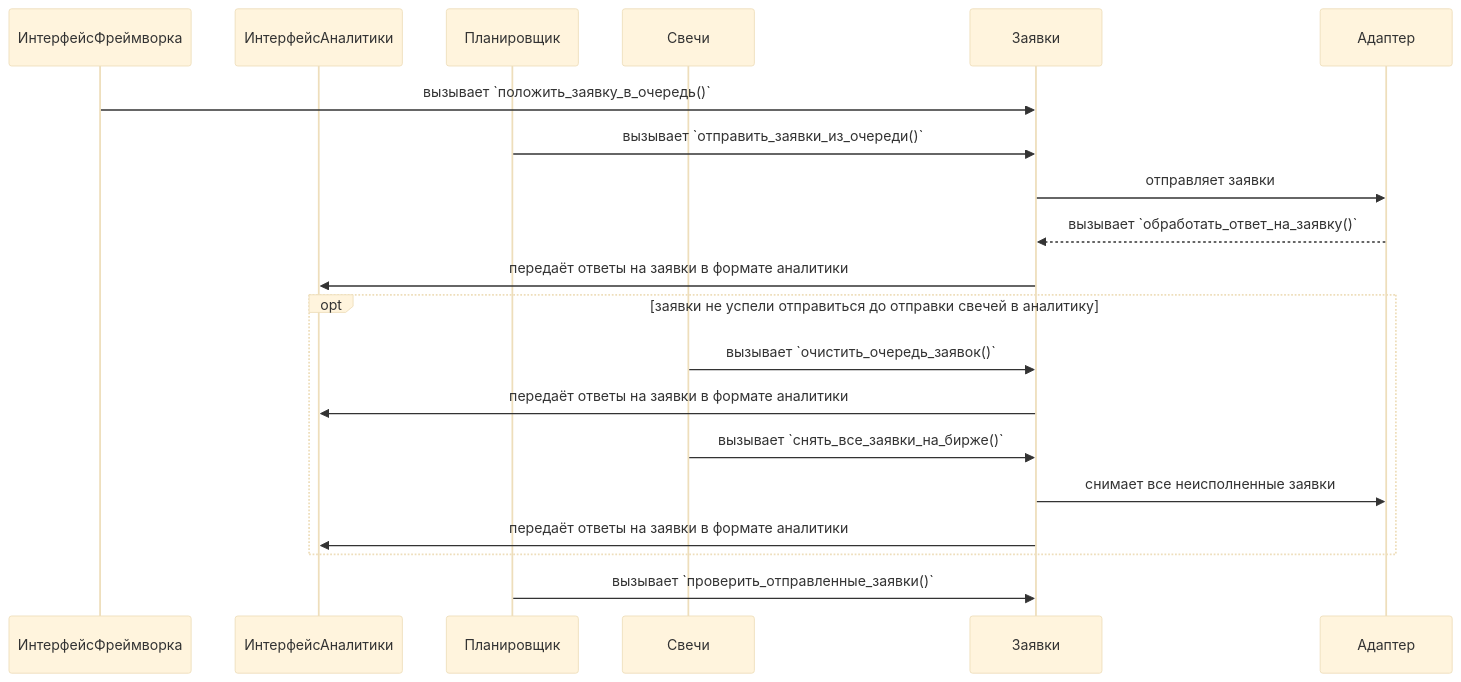
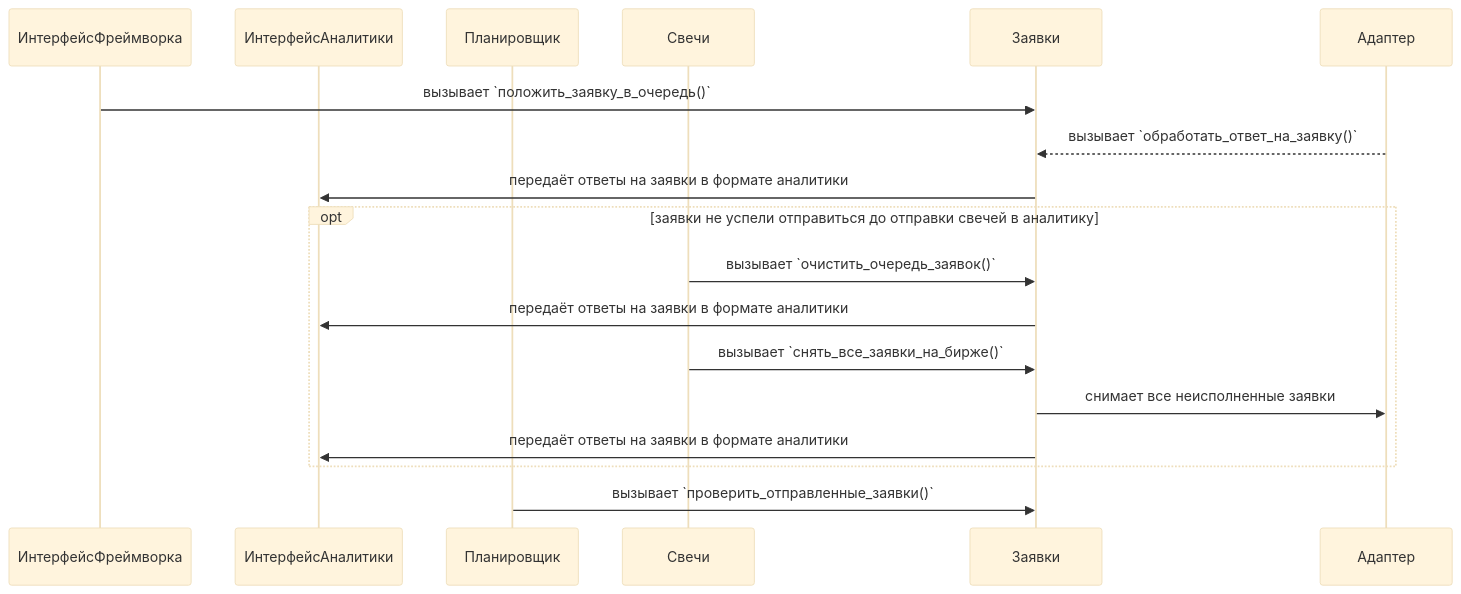
Before and after one commit to Marat22/MiriadRobotDocs: the ninth of 21 diagrams in robot-logic.md, drawn with Mermaid (base theme). The commit also changed other lines of this file, not shown here.

````diff
--- a/robot-logic.md
+++ b/robot-logic.md
@@ -238,23 +238,21 @@
 ```mermaid
 sequenceDiagram
     participant ИнтерфейсФреймворка
     participant ИнтерфейсАналитики
     participant Планировщик
     participant Свечи
     participant Заявки
     participant Адаптер
 
     ИнтерфейсФреймворка->>Заявки: вызывает `положить_заявку_в_очередь()`
-    Планировщик->>Заявки: вызывает `отправить_заявки_из_очереди()`
-    Заявки->>Адаптер: отправляет заявки
     Адаптер-->>Заявки: вызывает `обработать_ответ_на_заявку()`
     Заявки->>ИнтерфейсАналитики: передаёт ответы на заявки в формате аналитики
     opt заявки не успели отправиться до отправки свечей в аналитику
     Свечи->>Заявки: вызывает `очистить_очередь_заявок()`
     Заявки->>ИнтерфейсАналитики: передаёт ответы на заявки в формате аналитики
     Свечи->>Заявки: вызывает `снять_все_заявки_на_бирже()`
     Заявки->>Адаптер: снимает все неисполненные заявки
     Заявки->>ИнтерфейсАналитики: передаёт ответы на заявки в формате аналитики
     end
     Планировщик->>Заявки: вызывает `проверить_отправленные_заявки()`
 ``` 
````
